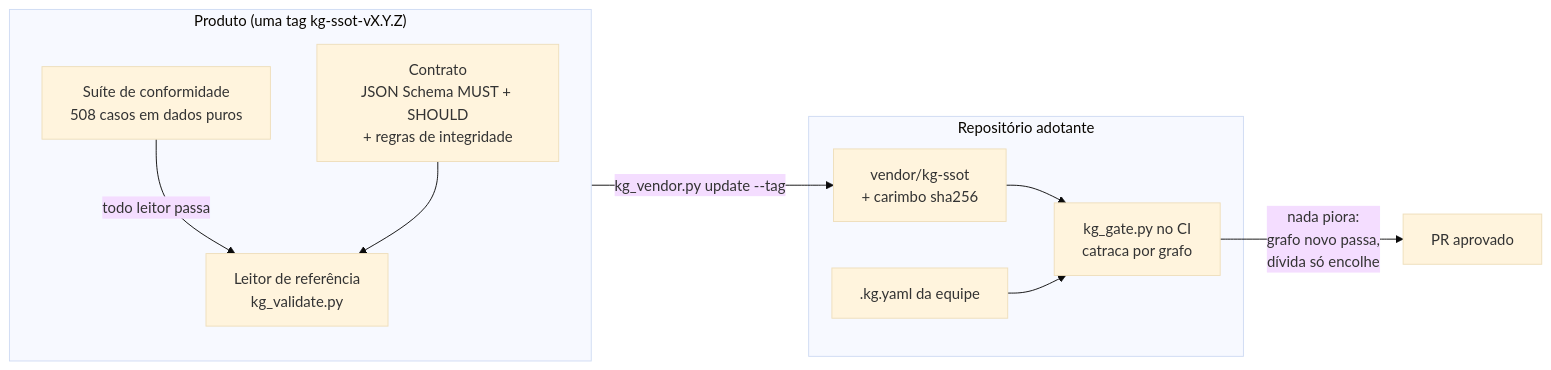
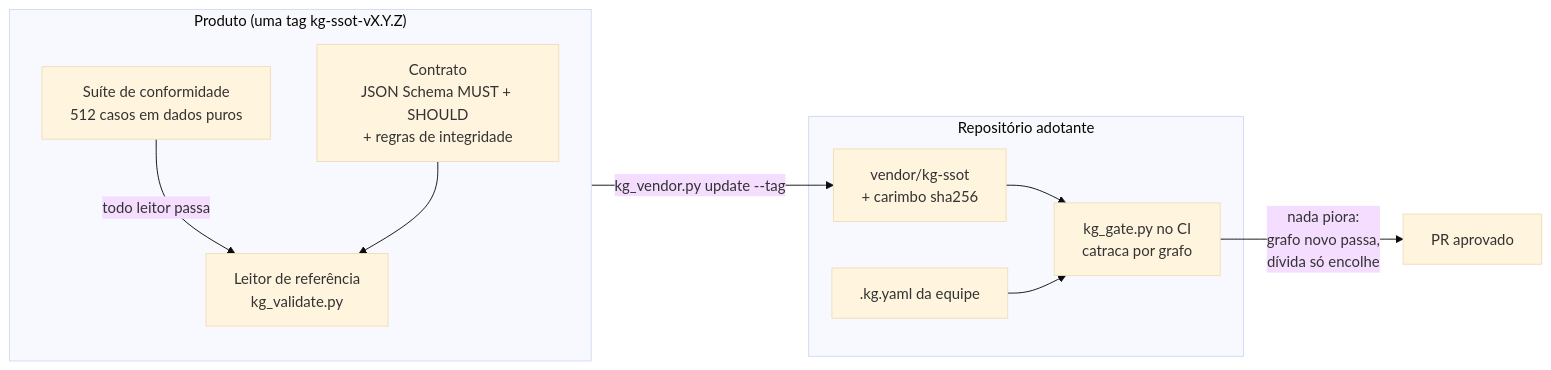
Before and after one commit to marciocar/kg-ssot: the diagram in README.pt-BR.md, drawn with Mermaid (base theme). The commit also changed other lines of this file and 37 other files, not shown here.

````diff
--- a/README.pt-BR.md
+++ b/README.pt-BR.md
@@ -140,19 +140,19 @@
 ```mermaid
 flowchart LR
   subgraph product["Produto (uma tag kg-ssot-vX.Y.Z)"]
     C["Contrato<br/>JSON Schema MUST + SHOULD<br/>+ regras de integridade"]
-    S["Suíte de conformidade<br/>508 casos em dados puros"]
+    S["Suíte de conformidade<br/>512 casos em dados puros"]
     R["Leitor de referência<br/>kg_validate.py"]
     S -- "todo leitor passa" --> R
     C --> R
   end
   subgraph adopter["Repositório adotante"]
     V["vendor/kg-ssot<br/>+ carimbo sha256"]
     G["kg_gate.py no CI<br/>catraca por grafo"]
     K[".kg.yaml da equipe"]
     V --> G
     K --> G
   end
   product -- "kg_vendor.py update --tag" --> V
   G -- "nada piora:<br/>grafo novo passa,<br/>dívida só encolhe" --> PR["PR aprovado"]
 ```
````
